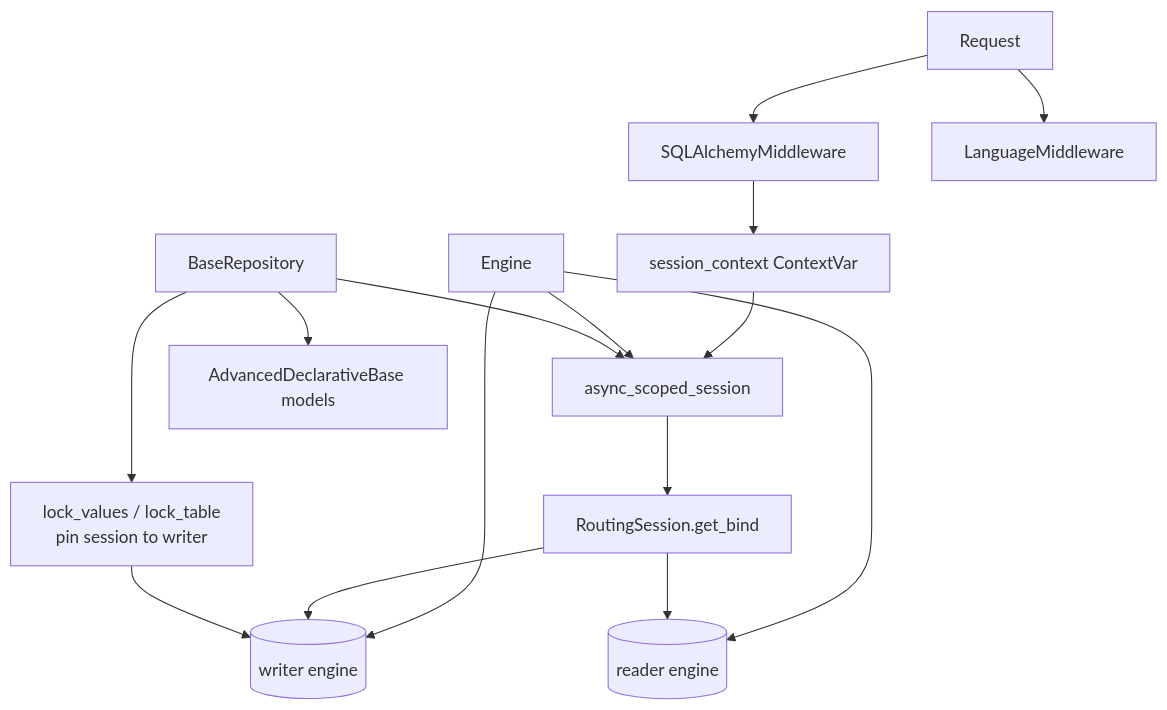
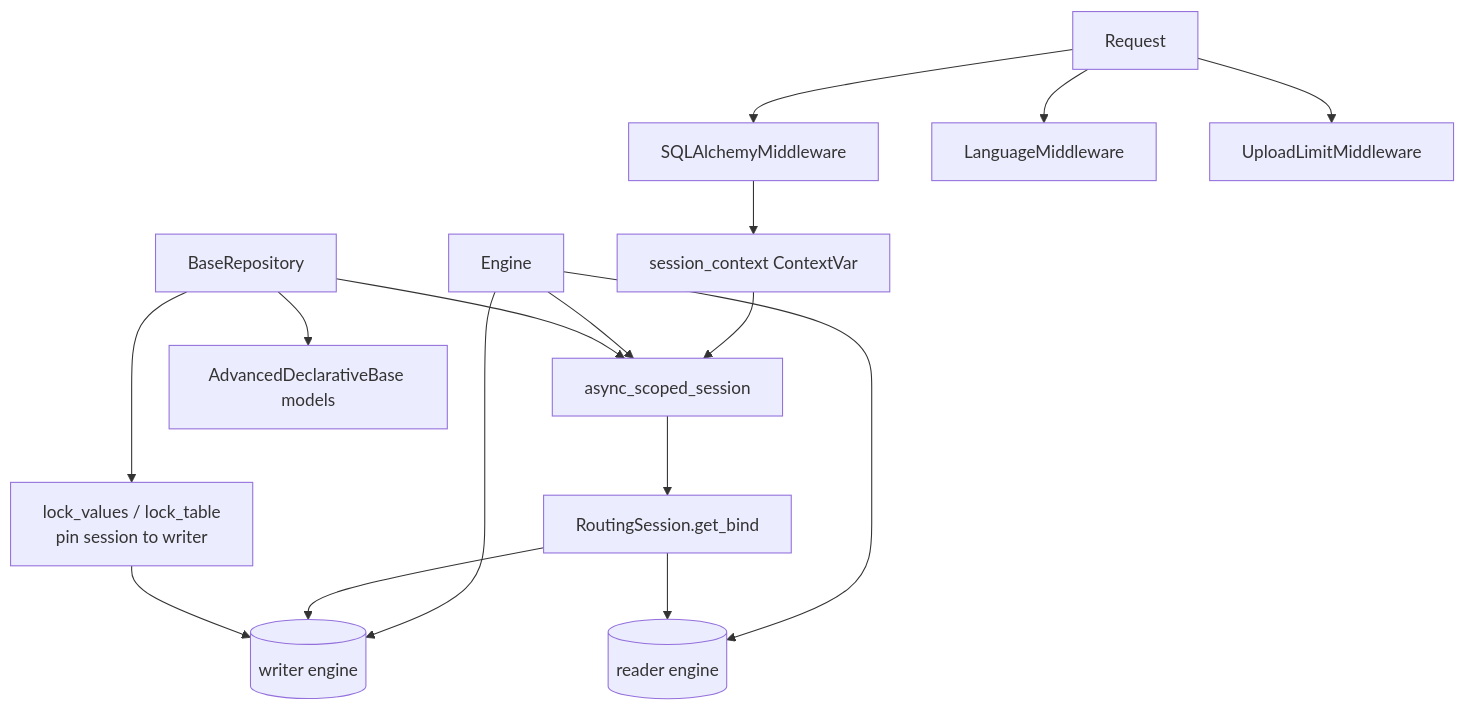
Before and after one commit to Tap2Cloud/backend-public: the first of 2 diagrams in docs/wiki/core-infrastructure.md, drawn with Mermaid. The commit also changed other lines of this file and 15 other files, not shown here.

````diff
--- a/docs/wiki/core-infrastructure.md
+++ b/docs/wiki/core-infrastructure.md
@@ -9,17 +9,18 @@
 ```mermaid
 graph TD
   Req[Request] --> SAMW[SQLAlchemyMiddleware]
   Req --> LangMW[LanguageMiddleware]
+  Req --> ULMW[UploadLimitMiddleware]
   SAMW --> Ctx[session_context ContextVar]
   Ctx --> ScopedSession[async_scoped_session]
   Engine[Engine] --> Writer[(writer engine)]
   Engine --> Reader[(reader engine)]
   Engine --> ScopedSession
   ScopedSession --> RS[RoutingSession.get_bind]
   RS --> Writer
   RS --> Reader
   Repo[BaseRepository] --> ScopedSession
   Repo --> Base[AdvancedDeclarativeBase models]
   Repo --> Locks["lock_values / lock_table<br/>pin session to writer"]
   Locks --> Writer
 ```
````
